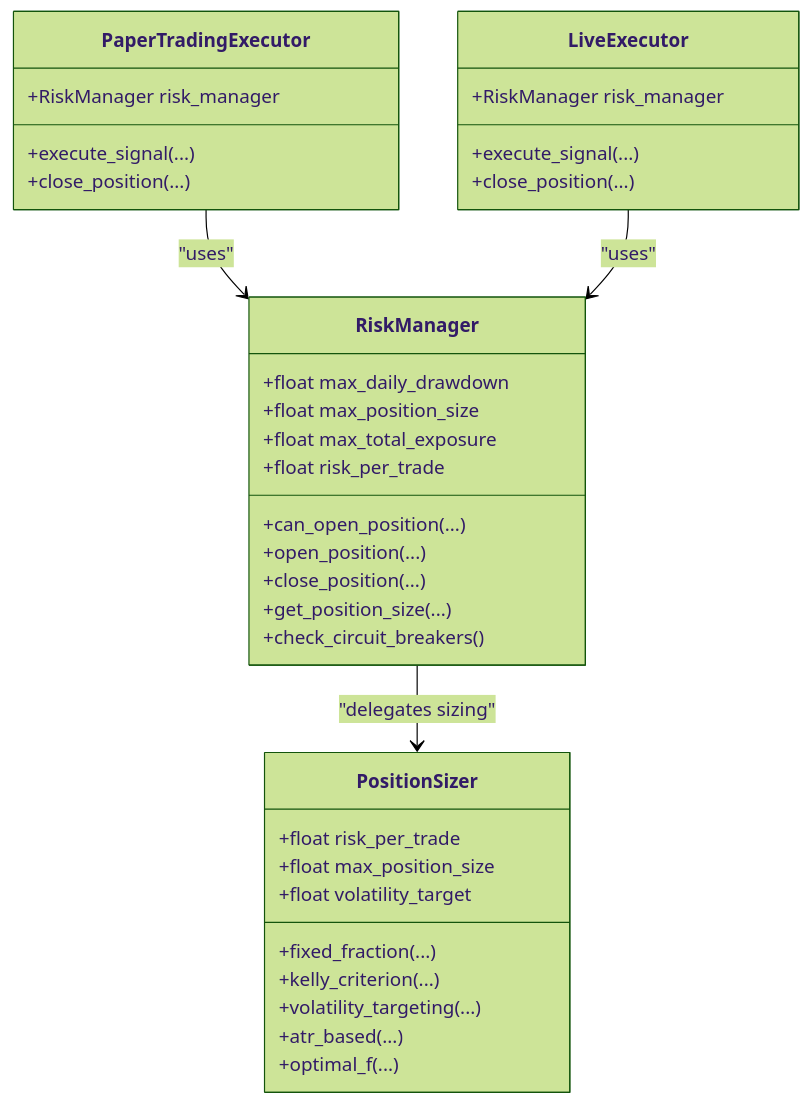
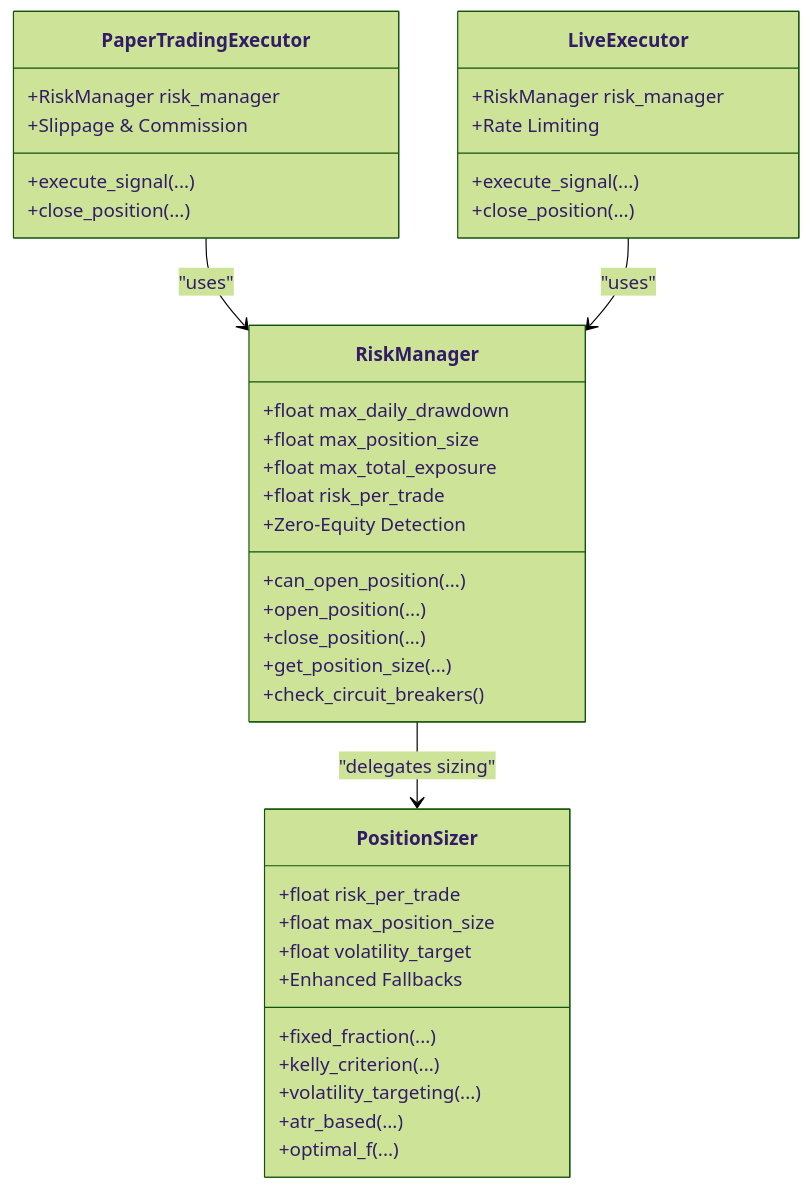
One commit to cavraeg-eng/Trading-App changed the fourth of 5 diagrams in .qoder/repowiki/en/content/Configuration Management/Risk Management Configuration.md. Above: the diagram before and after it, drawn with Mermaid (forest theme). The commit also changed other lines of this file and 138 other files, not shown here.

First line of the commit message:
feat(LiveTrading): add MT5-style chart overlay for entry/SL/TP levels

````diff
--- a/.qoder/repowiki/en/content/Configuration Management/Risk Management Configuration.md
+++ b/.qoder/repowiki/en/content/Configuration Management/Risk Management Configuration.md
@@ -251,37 +278,41 @@
 ```mermaid
 classDiagram
 class RiskManager {
 +float max_daily_drawdown
 +float max_position_size
 +float max_total_exposure
 +float risk_per_trade
 +can_open_position(...)
 +open_position(...)
 +close_position(...)
 +get_position_size(...)
 +check_circuit_breakers()
++Zero-Equity Detection
 }
 class PositionSizer {
 +float risk_per_trade
 +float max_position_size
 +float volatility_target
 +fixed_fraction(...)
 +kelly_criterion(...)
 +volatility_targeting(...)
 +atr_based(...)
 +optimal_f(...)
++Enhanced Fallbacks
 }
 class PaperTradingExecutor {
 +RiskManager risk_manager
 +execute_signal(...)
 +close_position(...)
++Slippage & Commission
 }
 class LiveExecutor {
 +RiskManager risk_manager
 +execute_signal(...)
 +close_position(...)
++Rate Limiting
 }
 PaperTradingExecutor --> RiskManager : "uses"
 LiveExecutor --> RiskManager : "uses"
 RiskManager --> PositionSizer : "delegates sizing"
 ```
````
